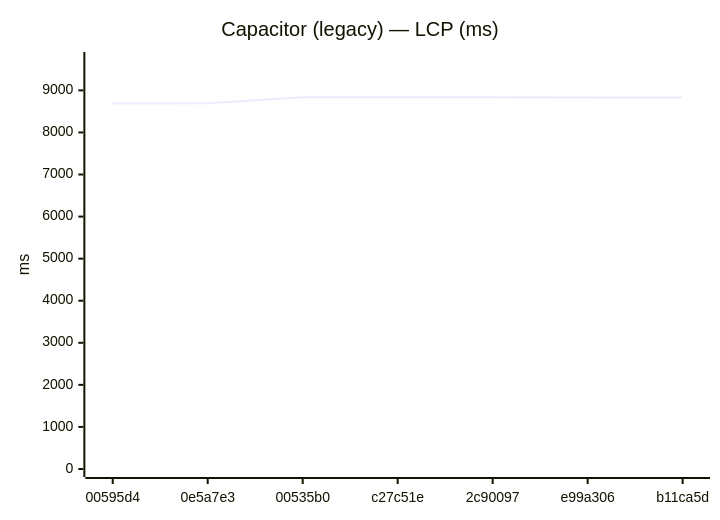
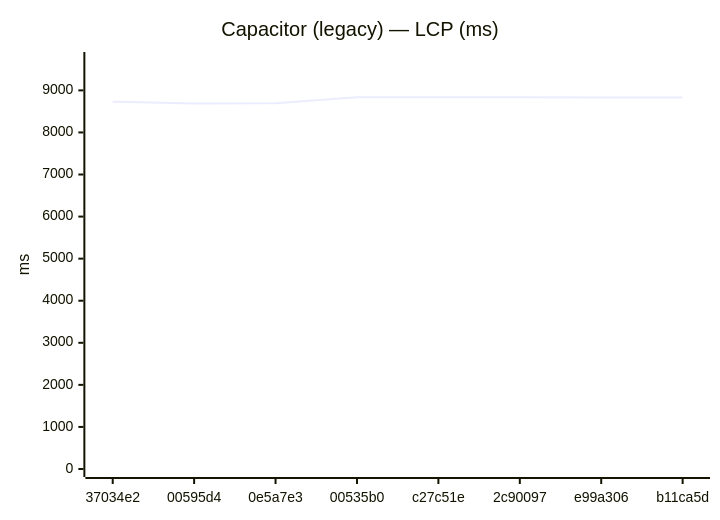
The fifth of 24 diagrams in benchmarks/compare.md (Metaheurist/Rianell), drawn with Mermaid before and after one commit. The commit also changed other lines of this file and 12 other files, not shown here.

````diff
--- a/benchmarks/compare.md
+++ b/benchmarks/compare.md
@@ -75,7 +78,7 @@
 ```mermaid
 xychart-beta
     title "Capacitor (legacy) — LCP (ms)"
-    x-axis ["00595d4", "0e5a7e3", "00535b0", "c27c51e", "2c90097", "e99a306", "b11ca5d"]
+    x-axis ["37034e2", "00595d4", "0e5a7e3", "00535b0", "c27c51e", "2c90097", "e99a306", "b11ca5d"]
     y-axis "ms" 0 --> 9722
-    line [8688, 8693, 8834, 8838, 8835, 8833, 8830]
+    line [8731, 8688, 8693, 8834, 8838, 8835, 8833, 8830]
 ```
````
